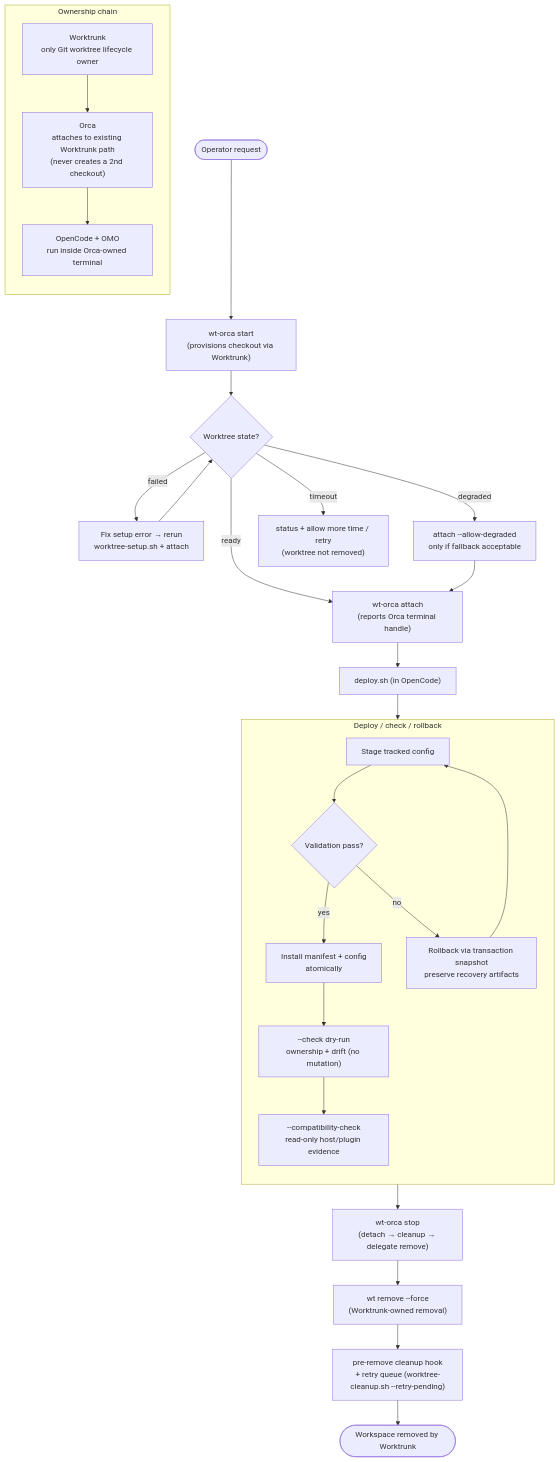
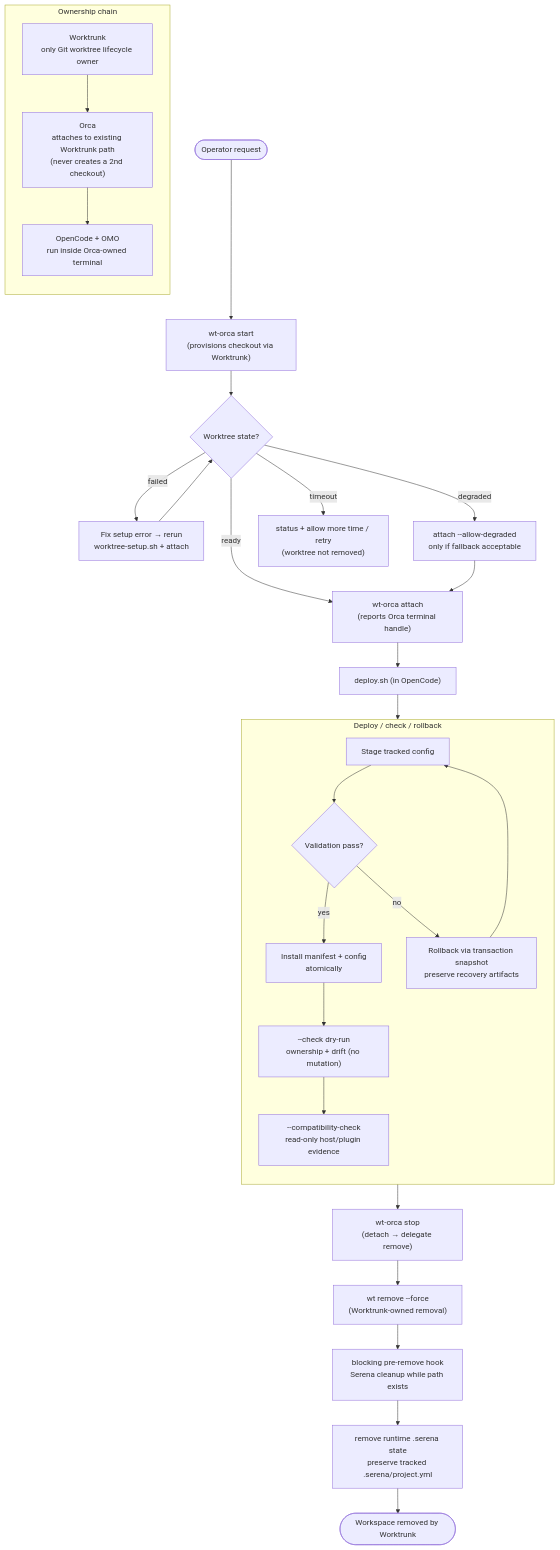
The diagram in docs/graphs/workspace-lifecycle.mmd (guilhermemmb/ai-rules), drawn with Mermaid before and after one commit. The commit also changed 40 other files, not shown here.

```diff
--- a/docs/graphs/workspace-lifecycle.mmd
+++ b/docs/graphs/workspace-lifecycle.mmd
@@ -1,46 +1,47 @@
 %% Workspace and deployment lifecycle (current behavior)
 %% See docs/workflows.md; source: README.md, deploy.sh
 
 flowchart TD
     START(["Operator request"])
 
     subgraph OWNER["Ownership chain"]
         direction TB
         WT["Worktrunk<br/>only Git worktree lifecycle owner"]
         ORCA["Orca<br/>attaches to existing Worktrunk path<br/>(never creates a 2nd checkout)"]
         OC["OpenCode + OMO<br/>run inside Orca-owned terminal"]
         WT --> ORCA --> OC
     end
 
     START --> PROVISION["wt-orca start<br/>(provisions checkout via Worktrunk)"]
     PROVISION --> READY{"Worktree state?"}
 
 
     READY -->|"ready"| ATTACH["wt-orca attach<br/>(reports Orca terminal handle)"]
     READY -->|"failed"| RETRY["Fix setup error → rerun<br/>worktree-setup.sh + attach"]
     READY -->|"degraded"| DEGRADED["attach --allow-degraded<br/>only if fallback acceptable"]
     READY -->|"timeout"| TIMEOUT["status + allow more time / retry<br/>(worktree not removed)"]
     RETRY --> READY
     DEGRADED --> ATTACH
     ATTACH --> DEPLOY["deploy.sh (in OpenCode)"]
 
     subgraph DEPLOYLOOP["Deploy / check / rollback"]
         direction TB
         D1["Stage tracked config"]
         D2{"Validation pass?"}
         D3["Install manifest + config<br/>atomically"]
         D4["Rollback via transaction snapshot<br/>preserve recovery artifacts"]
         D5["--check dry-run<br/>ownership + drift (no mutation)"]
         D6["--compatibility-check<br/>read-only host/plugin evidence"]
     end
 
     DEPLOY --> D1 --> D2
     D2 -->|"yes"| D3
     D2 -->|"no"| D4
     D4 --> D1
     D3 --> D5 --> D6
 
-    D6 --> DETACH["wt-orca stop<br/>(detach → cleanup → delegate remove)"]
+    D6 --> DETACH["wt-orca stop<br/>(detach → delegate remove)"]
     DETACH --> REMOVE["wt remove --force<br/>(Worktrunk-owned removal)"]
-    REMOVE --> CLEANUP["pre-remove cleanup hook<br/>+ retry queue (worktree-cleanup.sh --retry-pending)"]
-    CLEANUP --> DONE(["Workspace removed by Worktrunk"])
+    REMOVE --> CLEANUP["blocking pre-remove hook<br/>Serena cleanup while path exists"]
+    CLEANUP --> PRESERVE["remove runtime .serena state<br/>preserve tracked .serena/project.yml"]
+    PRESERVE --> DONE(["Workspace removed by Worktrunk"])
```
